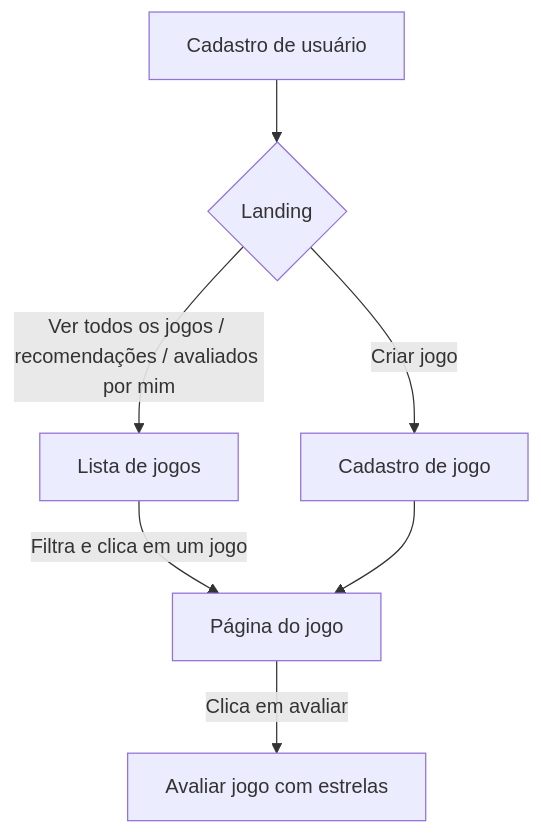
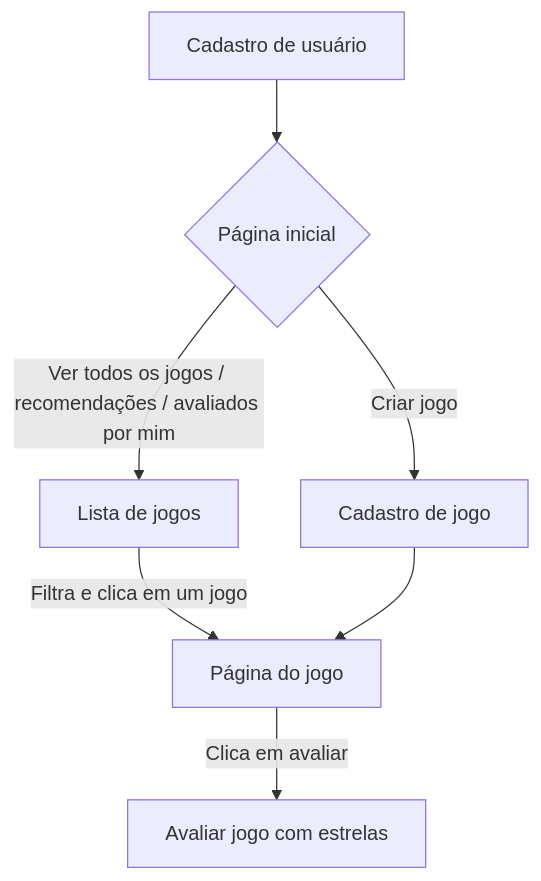
One commit to ICEI-PUC-Minas-PMV-SI/pmv-si-2025-1-pe1-t6-turma-6-grupo-4 changed the diagram in docs/interface.md. Above: the diagram before and after it, drawn with Mermaid. The commit also changed other lines of this file, not shown here.

````diff
--- a/docs/interface.md
+++ b/docs/interface.md
@@ -10,11 +6,11 @@
 ```mermaid
 flowchart TD
-    A[Cadastro de usuário] --> B{Landing}
+    A[Cadastro de usuário] --> B{Página inicial}
     B --> | Ver todos os jogos / recomendações / avaliados por mim| C[Lista de jogos]
     C --> | Filtra e clica em um jogo | D[Página do jogo]
     B --> | Criar jogo | E[Cadastro de jogo]
     E --> D
     D --> | Clica em avaliar | F[Avaliar jogo com estrelas]
  
 
 ```
````
